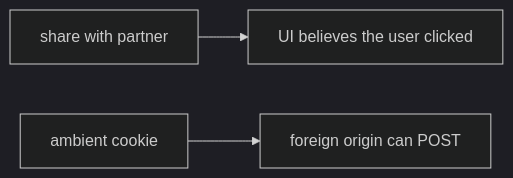
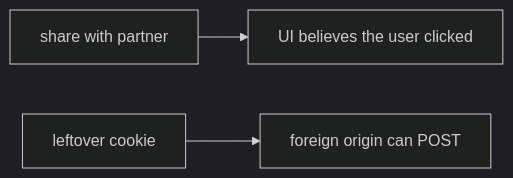
The diagram in content/modules/6/6.3/lessons/07-transfer.md (ishitvagoel/LearnSecurity), drawn with Mermaid (dark theme) before and after one commit. The commit also changed other lines of this file and 55 other files, not shown here.

````diff
--- a/content/modules/6/6.3/lessons/07-transfer.md
+++ b/content/modules/6/6.3/lessons/07-transfer.md
@@ -26,5 +16,5 @@
 ```mermaid
 flowchart LR
   Partner[share with partner] --> Belief[UI believes the user clicked]
-  Cookie3[ambient cookie] --> Reality[foreign origin can POST]
+  Cookie3[leftover cookie] --> Reality[foreign origin can POST]
 ```
````
